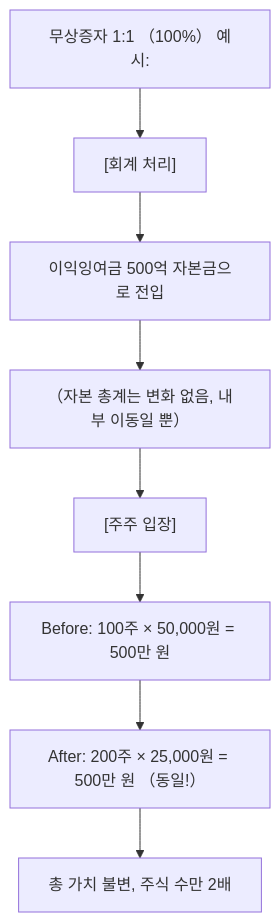
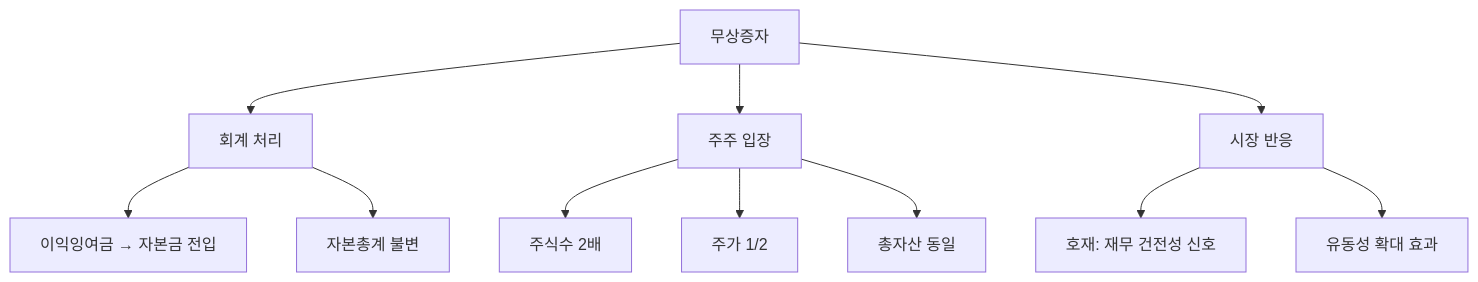
Before and after one commit to yeongseon/stock-visual-note: the diagram in content/stock-terms/ko/level-07-earnings/free-capital-increase.md, drawn with Mermaid. The commit also changed other lines of this file and 96 other files, not shown here.

Commit message:
Rewrite all 98 remaining articles: branching Mermaid diagrams, natural search_intent, compelling seo_titles, clean descriptions

````diff
--- a/content/stock-terms/ko/level-07-earnings/free-capital-increase.md
+++ b/content/stock-terms/ko/level-07-earnings/free-capital-increase.md
@@ -39,18 +39,14 @@
 ```mermaid
 graph TD
-    N0["무상증자 1:1 （100%） 예시:"]
-    N1["[회계 처리]"]
-    N2["이익잉여금 500억 자본금으로 전입"]
-    N3["（자본 총계는 변화 없음, 내부 이동일 뿐）"]
-    N4["[주주 입장]"]
-    N5["Before: 100주 × 50,000원 = 500만 원"]
-    N6["After: 200주 × 25,000원 = 500만 원 （동일!）"]
-    N7["총 가치 불변, 주식 수만 2배"]
-    N0 --> N1
-    N1 --> N2
-    N2 --> N3
-    N3 --> N4
-    N4 --> N5
-    N5 --> N6
-    N6 --> N7
+    A["무상증자"]
+    A --> B["회계 처리"]
+    A --> C["주주 입장"]
+    A --> D["시장 반응"]
+    B --> B1["이익잉여금 → 자본금 전입"]
+    B --> B2["자본총계 불변"]
+    C --> C1["주식수 2배"]
+    C --> C2["주가 1/2"]
+    C --> C3["총자산 동일"]
+    D --> D1["호재: 재무 건전성 신호"]
+    D --> D2["유동성 확대 효과"]
 ```
````
